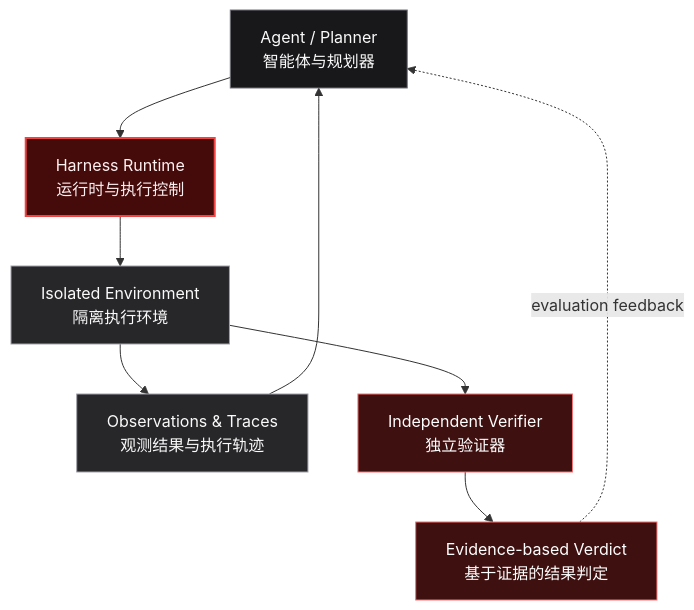
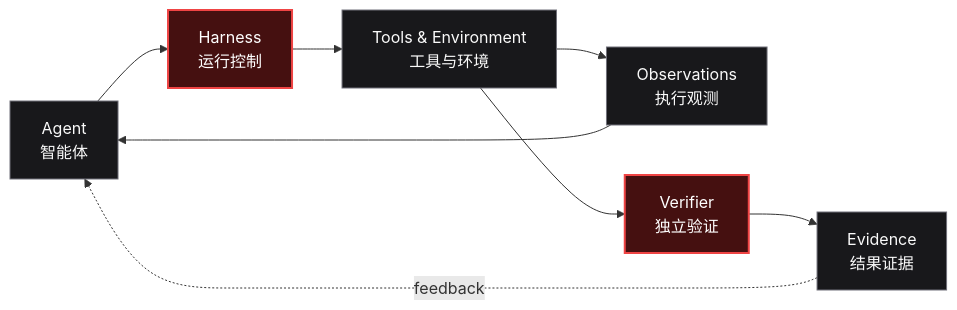
The diagram in profile/README.md (red-copilot/.github), drawn with Mermaid before and after one commit. The commit also changed other lines of this file, not shown here.

````diff
--- a/profile/README.md
+++ b/profile/README.md
@@ -68,18 +78,14 @@
 ```mermaid
-flowchart TD
-    A["Agent / Planner<br/>智能体与规划器"] --> B["Harness Runtime<br/>运行时与执行控制"]
-    B --> C["Isolated Environment<br/>隔离执行环境"]
-    C --> D["Observations & Traces<br/>观测结果与执行轨迹"]
+flowchart LR
+    A["Agent<br/>智能体"] --> B["Harness<br/>运行控制"]
+    B --> C["Tools & Environment<br/>工具与环境"]
+    C --> D["Observations<br/>执行观测"]
     D --> A
-    C --> E["Independent Verifier<br/>独立验证器"]
-    E --> F["Evidence-based Verdict<br/>基于证据的结果判定"]
-    F -. evaluation feedback .-> A
-    classDef agent fill:#18181b,stroke:#71717a,color:#fafafa;
-    classDef runtime fill:#450a0a,stroke:#ef4444,color:#fff1f2,stroke-width:2px;
-    classDef env fill:#27272a,stroke:#a1a1aa,color:#fafafa;
-    classDef verify fill:#3f1010,stroke:#f87171,color:#fff;
-    class A agent;
-    class B runtime;
-    class C,D env;
-    class E,F verify;
+    C --> E["Verifier<br/>独立验证"]
+    E --> F["Evidence<br/>结果证据"]
+    F -. feedback .-> A
+    classDef core fill:#451010,stroke:#ef4444,color:#fff,stroke-width:2px;
+    classDef node fill:#18181b,stroke:#71717a,color:#fafafa;
+    class B,E core;
+    class A,C,D,F node;
 ```
````
